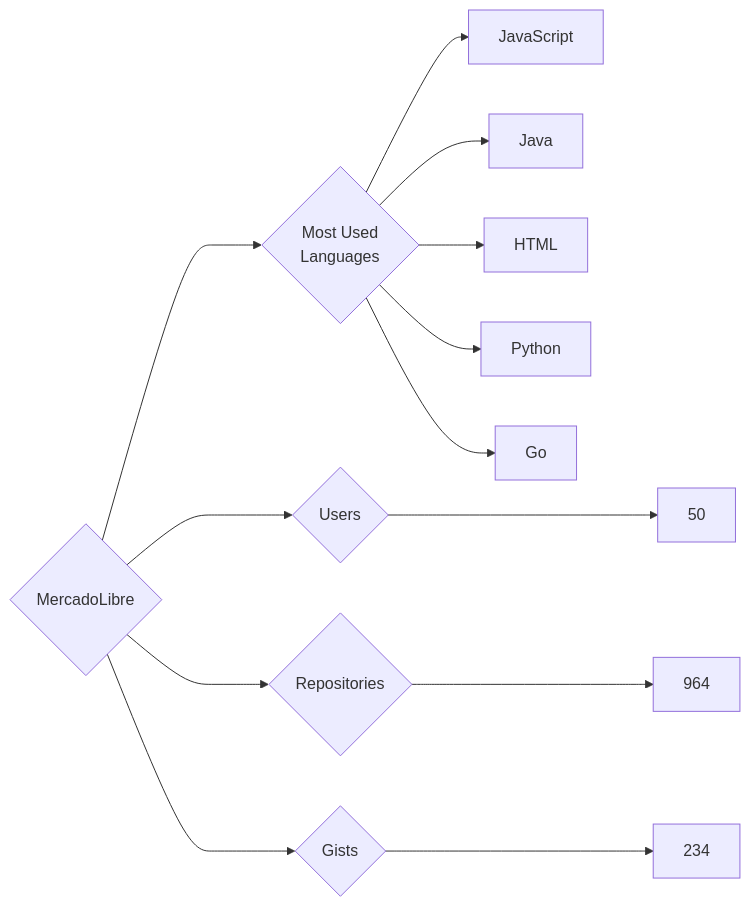
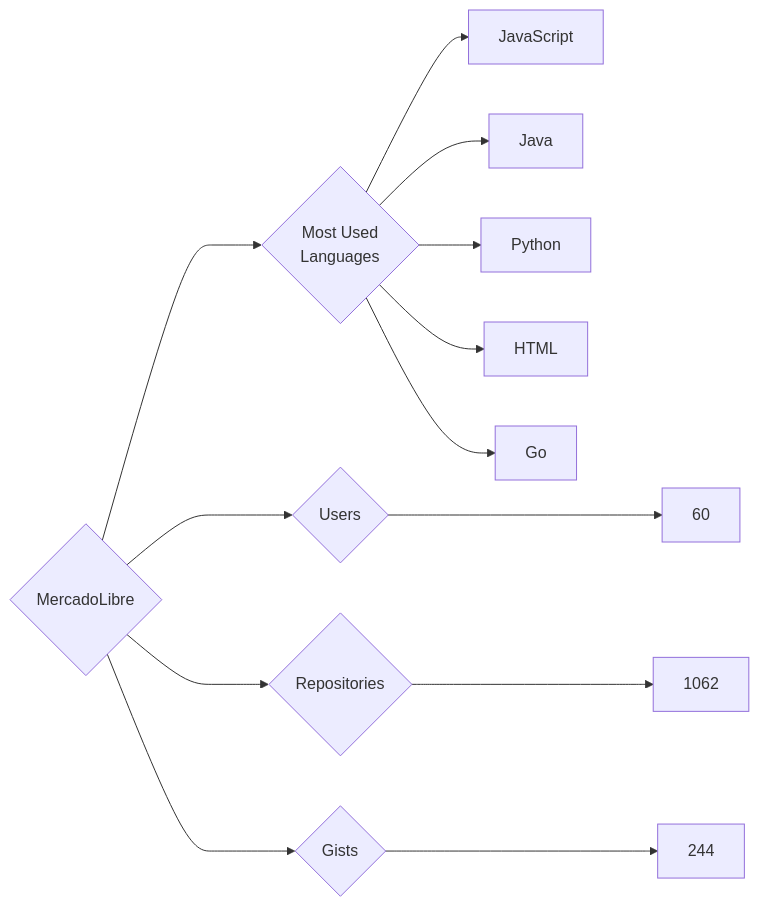
Before and after one commit to trickest/insiders: the diagram in targets/MercadoLibre/README.md, drawn with Mermaid. The commit also changed 912 other files, not shown here.

````diff
--- a/targets/MercadoLibre/README.md
+++ b/targets/MercadoLibre/README.md
@@ -3,13 +3,13 @@
 ```mermaid
 graph LR
 COMPANY_NAME{MercadoLibre}
-COMPANY_NAME ---> U{Users} ---> UN[50]
-COMPANY_NAME ---> R{Repositories} ---> RN[964]
-COMPANY_NAME ---> G{Gists} ---> GN[234]
+COMPANY_NAME ---> U{Users} ---> UN[60]
+COMPANY_NAME ---> R{Repositories} ---> RN[1062]
+COMPANY_NAME ---> G{Gists} ---> GN[244]
 COMPANY_NAME ---> ML{Most Used<br>Languages}
 ML --> JavaScript[JavaScript]
 ML --> Java[Java]
+ML --> Python[Python]
 ML --> HTML[HTML]
-ML --> Python[Python]
 ML --> Go[Go]
 ```
````
